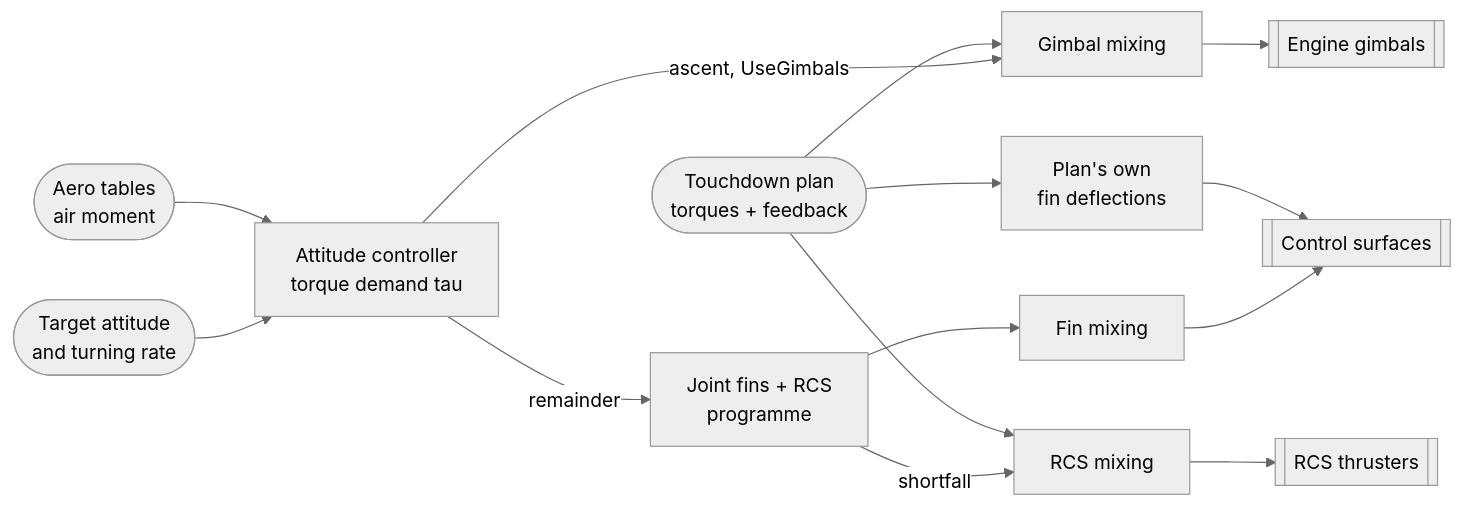
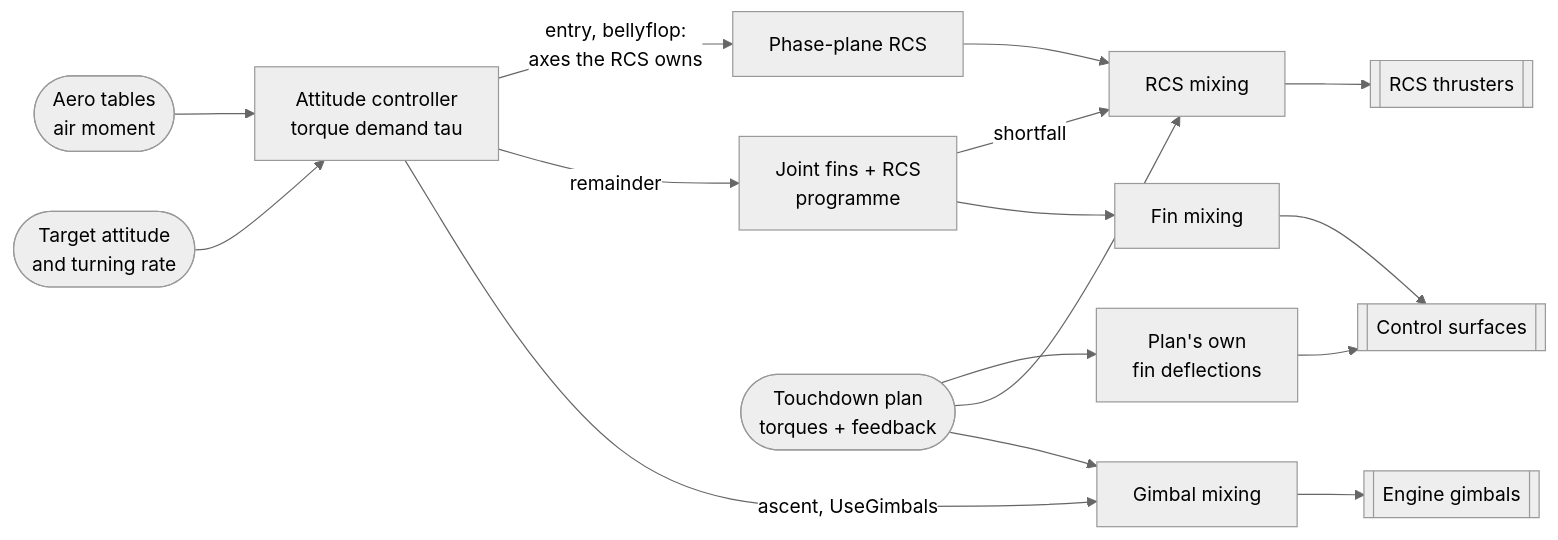
One commit to Maximilian-Nesslauer/KSA-AdvancedFlightComputer changed the diagram in docs/guidance/attitude/index.md. Above: the diagram before and after it, drawn with Mermaid (neutral theme). The commit also changed other lines of this file and 3 other files, not shown here.

````diff
--- a/docs/guidance/attitude/index.md
+++ b/docs/guidance/attitude/index.md
@@ -16,16 +16,18 @@
 ```mermaid
 flowchart LR
     tgt([Target attitude<br/>and turning rate]) --> law[Attitude controller<br/>torque demand tau]
     air([Aero tables<br/>air moment]) --> law
     law -->|ascent, UseGimbals| gim[Gimbal mixing]
     law -->|remainder| joint[Joint fins + RCS<br/>programme]
     joint --> fins[Fin mixing]
     joint -->|shortfall| rcs[RCS mixing]
+    law -->|entry, bellyflop:<br/>axes the RCS owns| pp[Phase-plane RCS]
+    pp --> rcs
     plan([Touchdown plan<br/>torques + feedback]) --> gim
     plan --> rcs
     plan --> finplan[Plan's own<br/>fin deflections]
     fins --> surf[[Control surfaces]]
     finplan --> surf
     rcs --> thr[[RCS thrusters]]
     gim --> eng[[Engine gimbals]]
 ```
````
